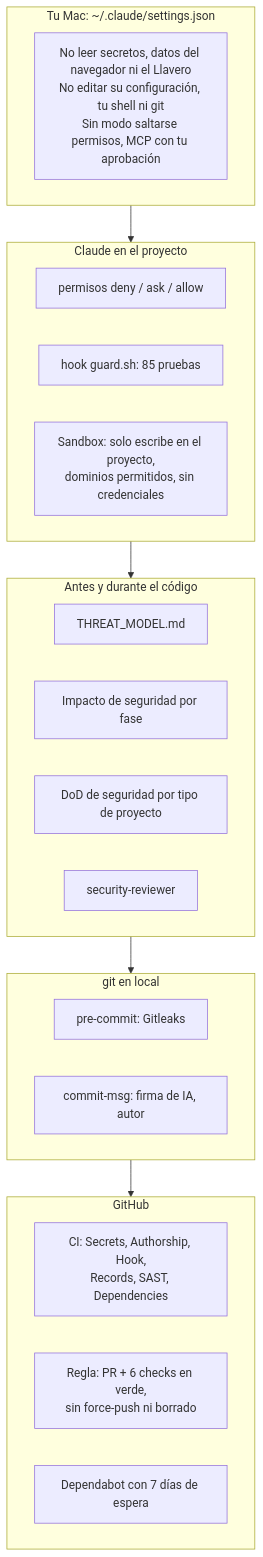
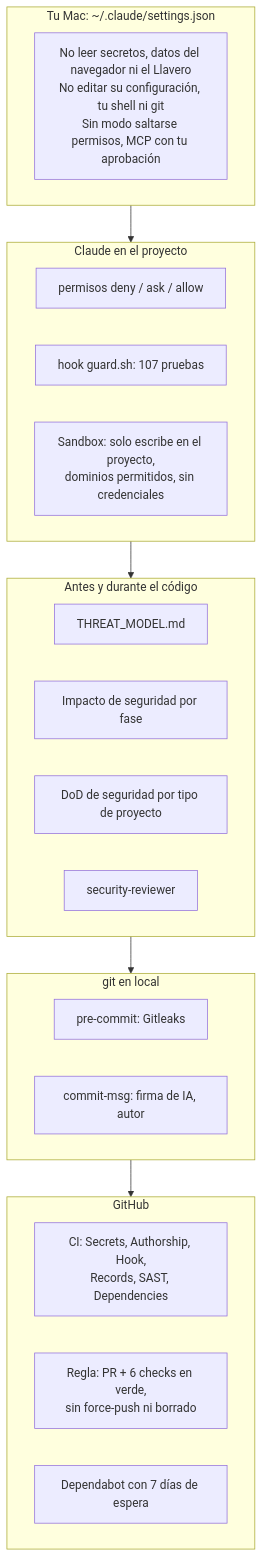
The ninth of 13 diagrams in README.es.md (serbenda/project-template), drawn with Mermaid before and after one commit. The commit also changed other lines of this file and 12 other files, not shown here.

````diff
--- a/README.es.md
+++ b/README.es.md
@@ -210,27 +210,27 @@
 ```mermaid
 flowchart TB
     subgraph MAC["Tu Mac: ~/.claude/settings.json"]
         M1["No leer secretos, datos del navegador ni el Llavero<br/>No editar su configuración, tu shell ni git<br/>Sin modo saltarse permisos, MCP con tu aprobación"]
     end
     subgraph AGENT["Claude en el proyecto"]
         A1["permisos deny / ask / allow"]
-        A2["hook guard.sh: 85 pruebas"]
+        A2["hook guard.sh: 107 pruebas"]
         A3["Sandbox: solo escribe en el proyecto,<br/>dominios permitidos, sin credenciales"]
     end
     subgraph DESIGN["Antes y durante el código"]
         D1["THREAT_MODEL.md"]
         D2["Impacto de seguridad por fase"]
         D3["DoD de seguridad por tipo de proyecto"]
         D4["security-reviewer"]
     end
     subgraph GIT["git en local"]
         G1["pre-commit: Gitleaks"]
         G2["commit-msg: firma de IA, autor"]
     end
     subgraph GH["GitHub"]
         H1["CI: Secrets, Authorship, Hook,<br/>Records, SAST, Dependencies"]
         H2["Regla: PR + 6 checks en verde,<br/>sin force-push ni borrado"]
         H3["Dependabot con 7 días de espera"]
     end
     MAC --> AGENT --> DESIGN --> GIT --> GH
 ```
````
